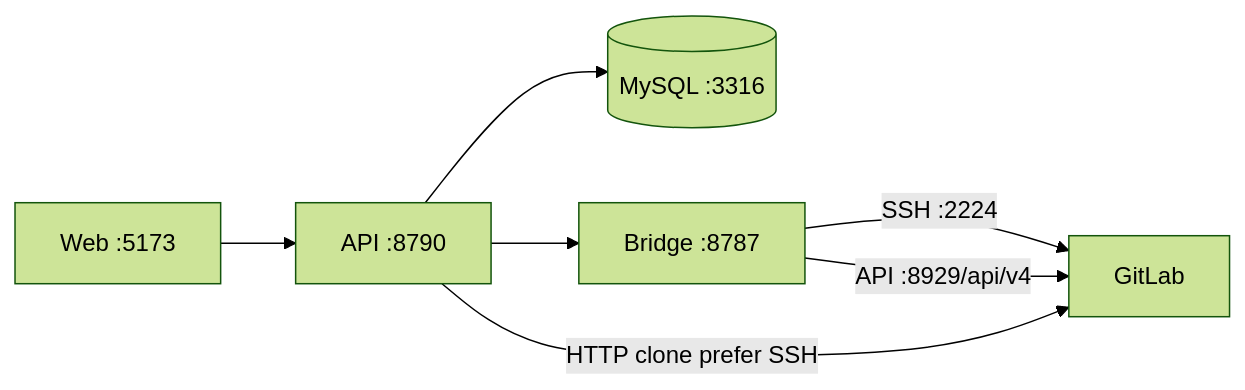
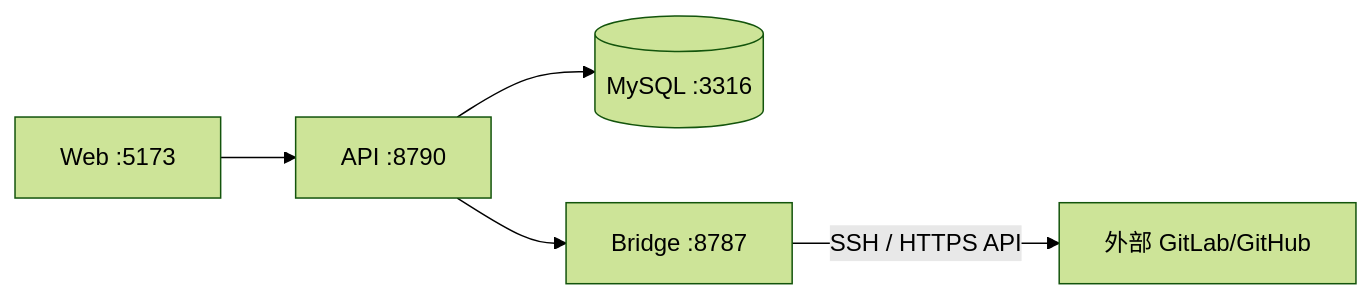
Before and after one commit to xxxxxuhb/agent-studio: the second of 6 diagrams in docs/架构与时序图.md, drawn with Mermaid (forest theme). The commit also changed other lines of this file and 83 other files, not shown here.

````diff
--- a/docs/架构与时序图.md
+++ b/docs/架构与时序图.md
@@ -68,9 +65,7 @@
 ```mermaid
 flowchart LR
   W[Web :5173] --> A[API :8790]
   A --> M[(MySQL :3316)]
   A --> B[Bridge :8787]
-  B -->|SSH :2224| G[GitLab]
-  B -->|API :8929/api/v4| G
-  A -->|HTTP clone prefer SSH| G
+  B -->|SSH / HTTPS API| G[外部 GitLab/GitHub]
 ```
````
